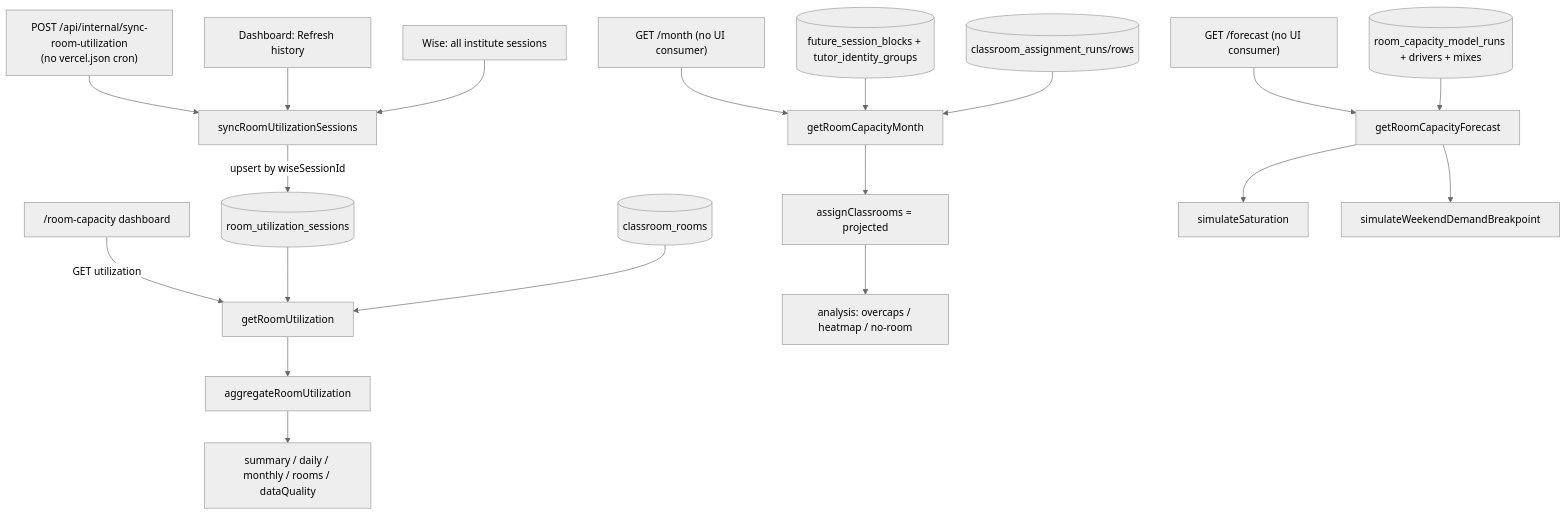
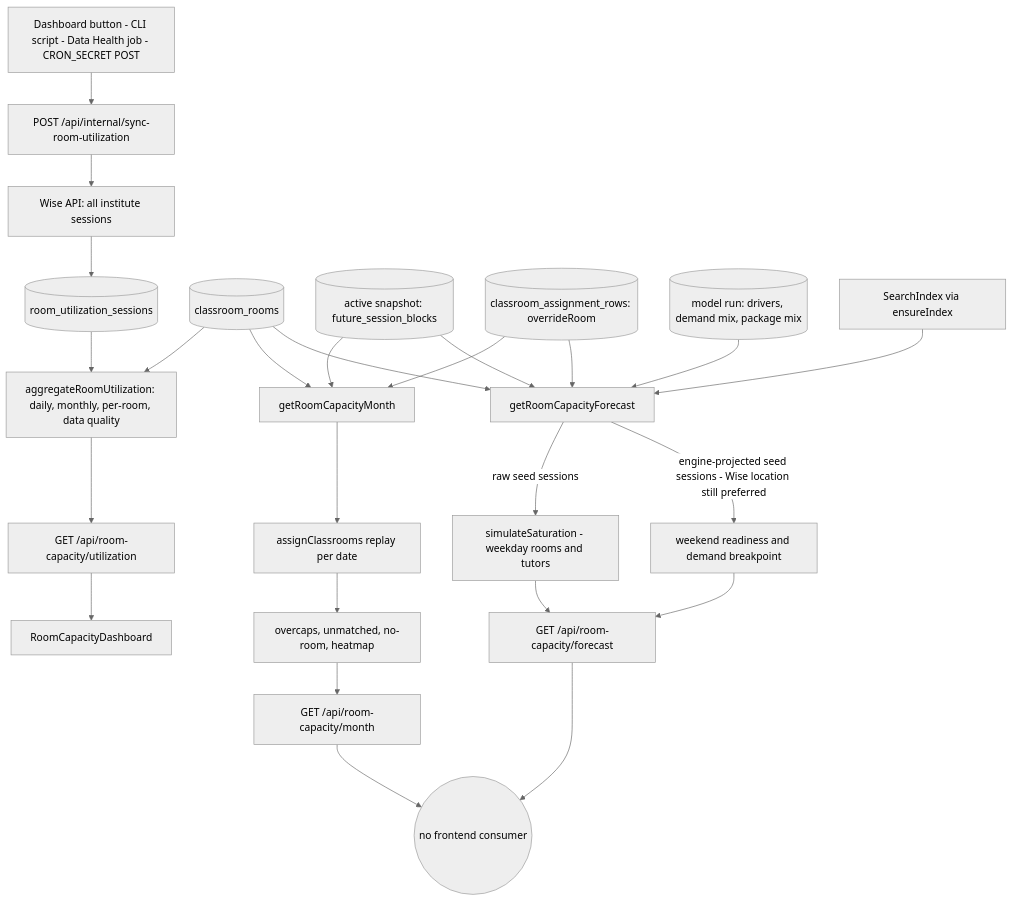
Before and after one commit to kasheesh711/bgscheduler: the diagram in docs/features/room-capacity.md, drawn with Mermaid (neutral theme). The commit also changed other lines of this file and 71 other files, not shown here.

````diff
--- a/docs/features/room-capacity.md
+++ b/docs/features/room-capacity.md
@@ -60,21 +75,30 @@
 ```mermaid
 flowchart TD
-  CRON?["POST /api/internal/sync-room-utilization<br/>(no vercel.json cron)"] --> SYNC[syncRoomUtilizationSessions]
-  UIBTN["Dashboard: Refresh history"] --> SYNC
-  WISE["Wise: all institute sessions"] --> SYNC
-  SYNC -->|upsert by wiseSessionId| RUS[(room_utilization_sessions)]
+    Trigger[Dashboard button - CLI script - Data Health job - CRON_SECRET POST] --> SyncRoute[POST /api/internal/sync-room-utilization]
+    SyncRoute --> Wise[Wise API: all institute sessions]
+    Wise --> RUS[(room_utilization_sessions)]
+    RUS --> Agg[aggregateRoomUtilization: daily, monthly, per-room, data quality]
+    Rooms[(classroom_rooms)] --> Agg
+    Agg --> UtilAPI[GET /api/room-capacity/utilization]
+    UtilAPI --> Dash[RoomCapacityDashboard]
 
-  UI["/room-capacity dashboard"] -->|GET utilization| GETU[getRoomUtilization]
-  RUS --> GETU
-  ROOMS[(classroom_rooms)] --> GETU
-  GETU --> AGG[aggregateRoomUtilization] --> RESP[summary / daily / monthly / rooms / dataQuality]
+    Snap[(active snapshot: future_session_blocks)] --> Month[getRoomCapacityMonth]
+    Rooms --> Month
+    Overrides[(classroom_assignment_rows: overrideRoom)] --> Month
+    Month --> Replay[assignClassrooms replay per date]
+    Replay --> Analysis[overcaps, unmatched, no-room, heatmap]
+    Analysis --> MonthAPI[GET /api/room-capacity/month]
 
-  MONTH["GET /month (no UI consumer)"] --> GM[getRoomCapacityMonth]
-  FSB[(future_session_blocks + tutor_identity_groups)] --> GM
-  OVR[(classroom_assignment_runs/rows)] --> GM
-  GM --> ENG[assignClassrooms = projected] --> ANA[analysis: overcaps / heatmap / no-room]
+    Model[(model run: drivers, demand mix, package mix)] --> Forecast[getRoomCapacityForecast]
+    Snap --> Forecast
+    Rooms --> Forecast
+    Overrides --> Forecast
+    Index[SearchIndex via ensureIndex] --> Forecast
+    Forecast -->|raw seed sessions| Sat[simulateSaturation - weekday rooms and tutors]
+    Forecast -->|engine-projected seed sessions - Wise location still preferred| Weekend[weekend readiness and demand breakpoint]
+    Sat --> ForecastAPI[GET /api/room-capacity/forecast]
+    Weekend --> ForecastAPI
 
-  FC["GET /forecast (no UI consumer)"] --> GF[getRoomCapacityForecast]
-  MR[(room_capacity_model_runs + drivers + mixes)] --> GF
-  GF --> SAT[simulateSaturation] & WD[simulateWeekendDemandBreakpoint]
+    MonthAPI --> NoUI((no frontend consumer))
+    ForecastAPI --> NoUI
 ```
````
